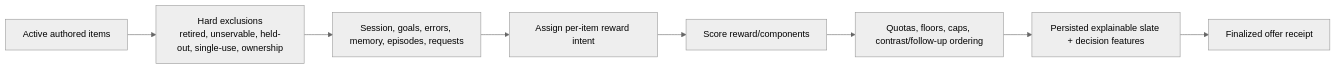
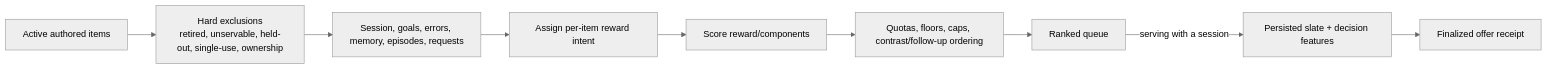
Before and after one commit to 6up-b/learnanything: the diagram in docs/learnloop-architecture-vault/Concepts/Scheduling and Selection.md, drawn with Mermaid (neutral theme). The commit also changed other lines of this file and 46 other files, not shown here.

````diff
--- a/docs/learnloop-architecture-vault/Concepts/Scheduling and Selection.md
+++ b/docs/learnloop-architecture-vault/Concepts/Scheduling and Selection.md
@@ -32,10 +32,11 @@
 ```mermaid
 flowchart LR
     ALL[Active authored items] --> HARD[Hard exclusions<br/>retired, unservable, held-out, single-use, ownership]
     HARD --> CONTEXT[Session, goals, errors, memory, episodes, requests]
     CONTEXT --> INTENT[Assign per-item reward intent]
     INTENT --> REWARD[Score reward/components]
     REWARD --> POLICY[Quotas, floors, caps, contrast/follow-up ordering]
-    POLICY --> SLATE[Persisted explainable slate + decision features]
+    POLICY --> QUEUE[Ranked queue]
+    QUEUE -->|serving with a session| SLATE[Persisted slate + decision features]
     SLATE --> OFFER[Finalized offer receipt]
 ```
````
